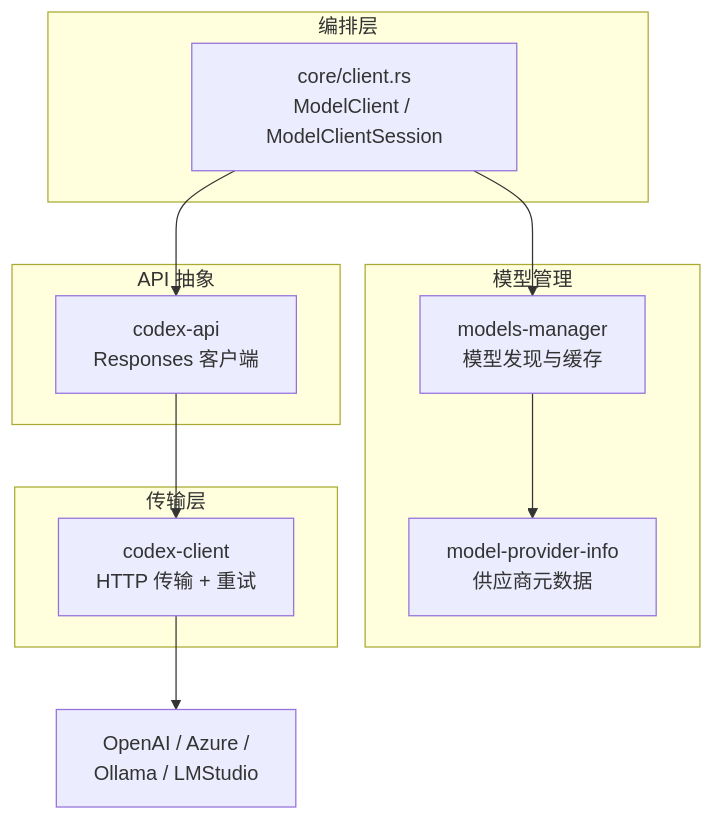
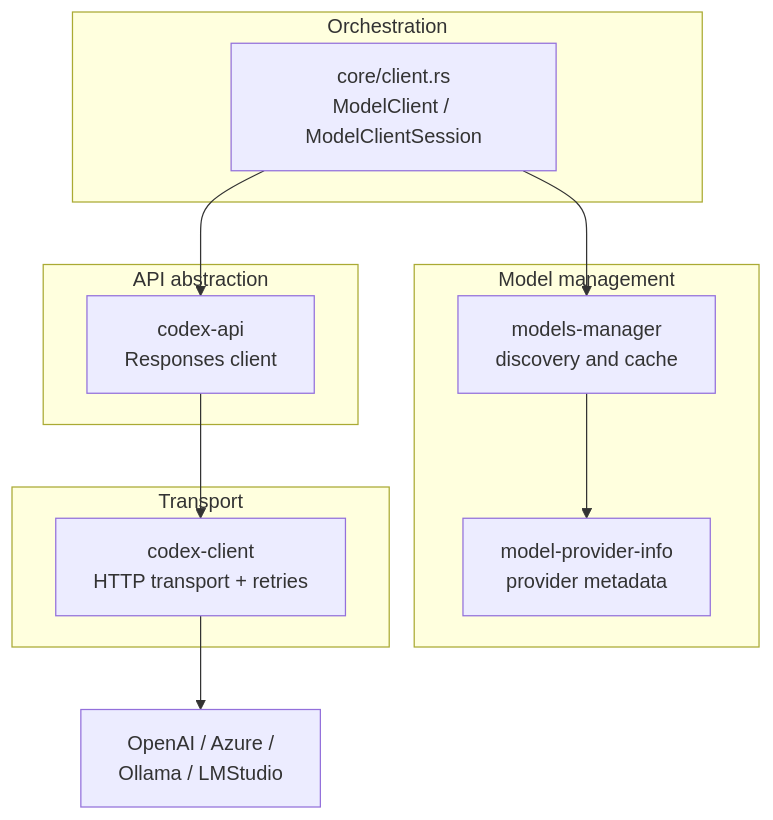
One commit to yibn2008/learn-codex changed the diagram in wiki/08-api-model-interaction.md. Above: the diagram before and after it, drawn with Mermaid. The commit also changed other lines of this file and 32 other files, not shown here.

````diff
--- a/wiki/08-api-model-interaction.md
+++ b/wiki/08-api-model-interaction.md
@@ -9,25 +11,25 @@
 ```mermaid
 graph TD
-    subgraph 编排层
+    subgraph Orchestration
         CLIENT[core/client.rs<br/>ModelClient / ModelClientSession]
     end
 
-    subgraph 模型管理
-        MM[models-manager<br/>模型发现与缓存]
-        MPI[model-provider-info<br/>供应商元数据]
+    subgraph "Model management"
+        MM[models-manager<br/>discovery and cache]
+        MPI[model-provider-info<br/>provider metadata]
     end
 
-    subgraph API 抽象
-        API[codex-api<br/>Responses 客户端]
+    subgraph "API abstraction"
+        API[codex-api<br/>Responses client]
     end
 
-    subgraph 传输层
-        HC[codex-client<br/>HTTP 传输 + 重试]
+    subgraph Transport
+        HC[codex-client<br/>HTTP transport + retries]
     end
 
     CLIENT --> MM
     CLIENT --> API
     MM --> MPI
     API --> HC
     HC --> LLM[OpenAI / Azure /<br/>Ollama / LMStudio]
 ```
````
